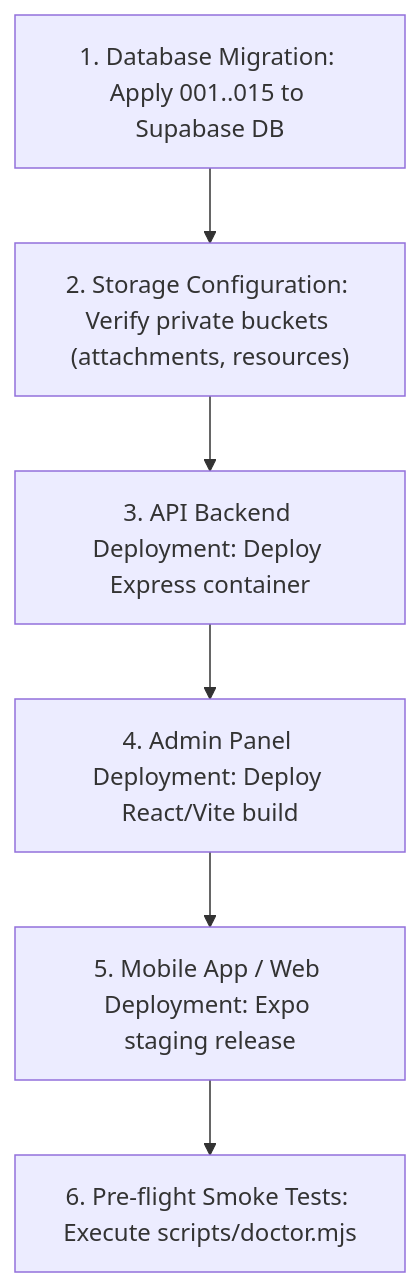
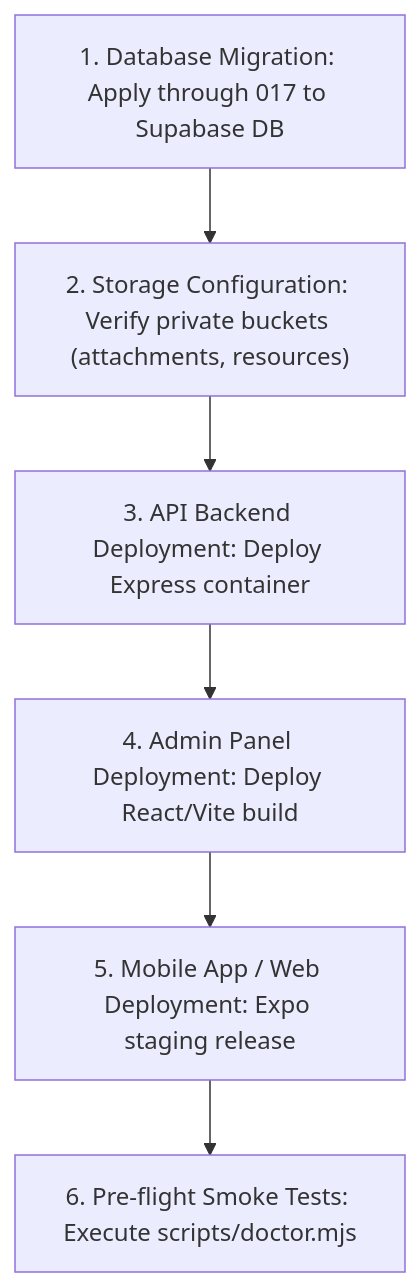
Before and after one commit to zenbijoy/SKILLBRIDGE-VERSION-01: the diagram in docs/STAGING_RUNBOOK.md, drawn with Mermaid. The commit also changed other lines of this file and 81 other files, not shown here.

````diff
--- a/docs/STAGING_RUNBOOK.md
+++ b/docs/STAGING_RUNBOOK.md
@@ -39,8 +39,8 @@
 ```mermaid
 graph TD
-    Step1["1. Database Migration: Apply 001..015 to Supabase DB"] --> Step2["2. Storage Configuration: Verify private buckets (attachments, resources)"]
+    Step1["1. Database Migration: Apply through 017 to Supabase DB"] --> Step2["2. Storage Configuration: Verify private buckets (attachments, resources)"]
     Step2 --> Step3["3. API Backend Deployment: Deploy Express container"]
     Step3 --> Step4["4. Admin Panel Deployment: Deploy React/Vite build"]
     Step4 --> Step5["5. Mobile App / Web Deployment: Expo staging release"]
     Step5 --> Step6["6. Pre-flight Smoke Tests: Execute scripts/doctor.mjs"]
 ```
````
